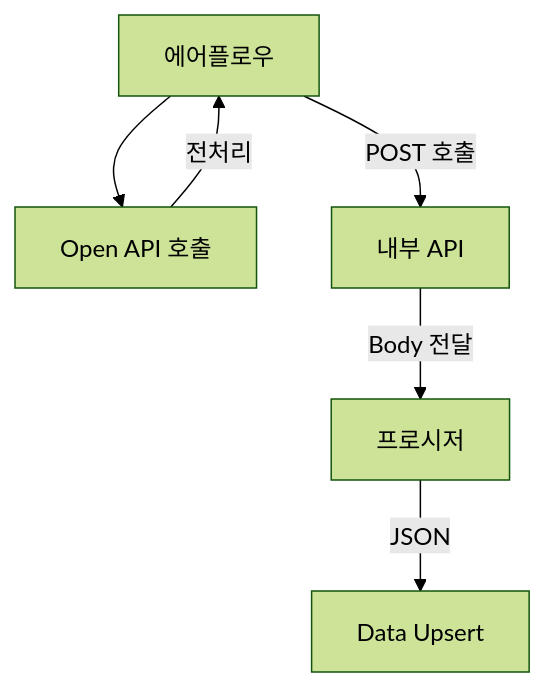
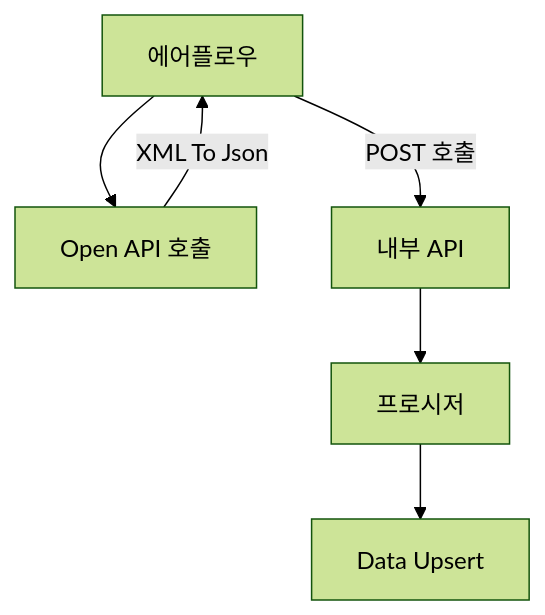
Before and after one commit to leedg92/Obsidian: the diagram in 2차-부경대학교 AI기반 학생중심의 지능형 교육지원시스템 구축 프로젝트/워크넷(고용24) 연계.md, drawn with Mermaid (forest theme). The commit also changed other lines of this file, not shown here.

````diff
--- a/2차-부경대학교 AI기반 학생중심의 지능형 교육지원시스템 구축 프로젝트/워크넷(고용24) 연계.md
+++ b/2차-부경대학교 AI기반 학생중심의 지능형 교육지원시스템 구축 프로젝트/워크넷(고용24) 연계.md
@@ -8,11 +8,11 @@
 ```mermaid  
 flowchart TD
 
     %% 추가된 다른 경로
-    A --> B[Open API 호출] -->|전처리| A;
+    A --> B[Open API 호출] -->|XML To Json| A;
 
     A[에어플로우] -->|POST 호출| C[내부 API];
-    C -->|Body 전달| D[프로시저];
-    D -->|JSON| E[Data Upsert];
+    C --> D[프로시저];
+    D --> E[Data Upsert];
 
 ```
````
